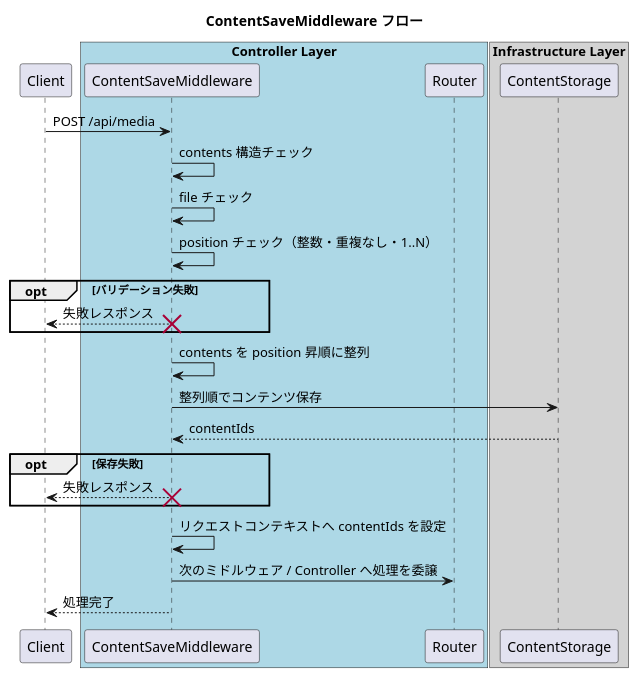
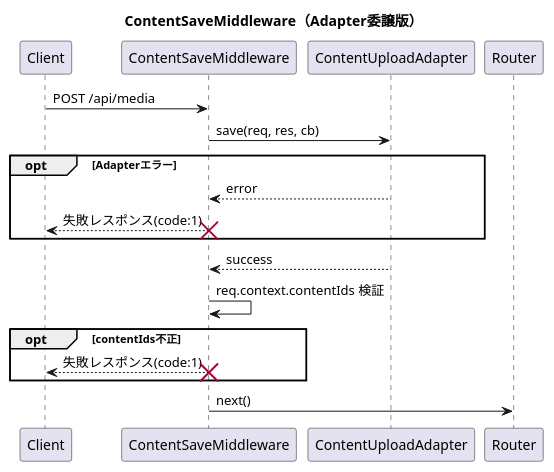
The diagram in doc/5_api/controller/middleware/ContentSaveMiddleware/readme.md (hachimitu22/MangaViewer), drawn with PlantUML before and after one commit. The commit also changed other lines of this file and 11 other files, not shown here.

First line of the commit message:
refactor: ContentSaveMiddlewareをAdapter委譲型へ再設計する

````diff
--- a/doc/5_api/controller/middleware/ContentSaveMiddleware/readme.md
+++ b/doc/5_api/controller/middleware/ContentSaveMiddleware/readme.md
@@ -34,37 +22,29 @@
 ```plantuml
 @startuml
-title ContentSaveMiddleware フロー
+title ContentSaveMiddleware（Adapter委譲版）
 
 participant Client
-box "Controller Layer" #LightBlue
-  participant ContentSaveMiddleware as Middleware
-  participant Router
-end box
-box "Infrastructure Layer" #LightGray
-  participant ContentStorage as Storage
-end box
+participant ContentSaveMiddleware as Middleware
+participant ContentUploadAdapter as Adapter
+participant Router
 
 Client -> Middleware: POST /api/media
-Middleware -> Middleware: contents 構造チェック
-Middleware -> Middleware: file チェック
-Middleware -> Middleware: position チェック（整数・重複なし・1..N）
+Middleware -> Adapter: save(req, res, cb)
 
-opt バリデーション失敗
-  Middleware --> Client: 失敗レスポンス
+opt Adapterエラー
+  Adapter --> Middleware: error
+  Middleware --> Client: 失敗レスポンス(code:1)
   destroy Middleware
 end
 
-Middleware -> Middleware: contents を position 昇順に整列
-Middleware -> Storage: 整列順でコンテンツ保存
-Storage --> Middleware: contentIds
+Adapter --> Middleware: success
+Middleware -> Middleware: req.context.contentIds 検証
 
-opt 保存失敗
-  Middleware --> Client: 失敗レスポンス
+opt contentIds不正
+  Middleware --> Client: 失敗レスポンス(code:1)
   destroy Middleware
 end
 
-Middleware -> Middleware: リクエストコンテキストへ contentIds を設定
-Middleware -> Router: 次のミドルウェア / Controller へ処理を委譲
-Middleware --> Client: 処理完了
+Middleware -> Router: next()
 @enduml
 ```
````
